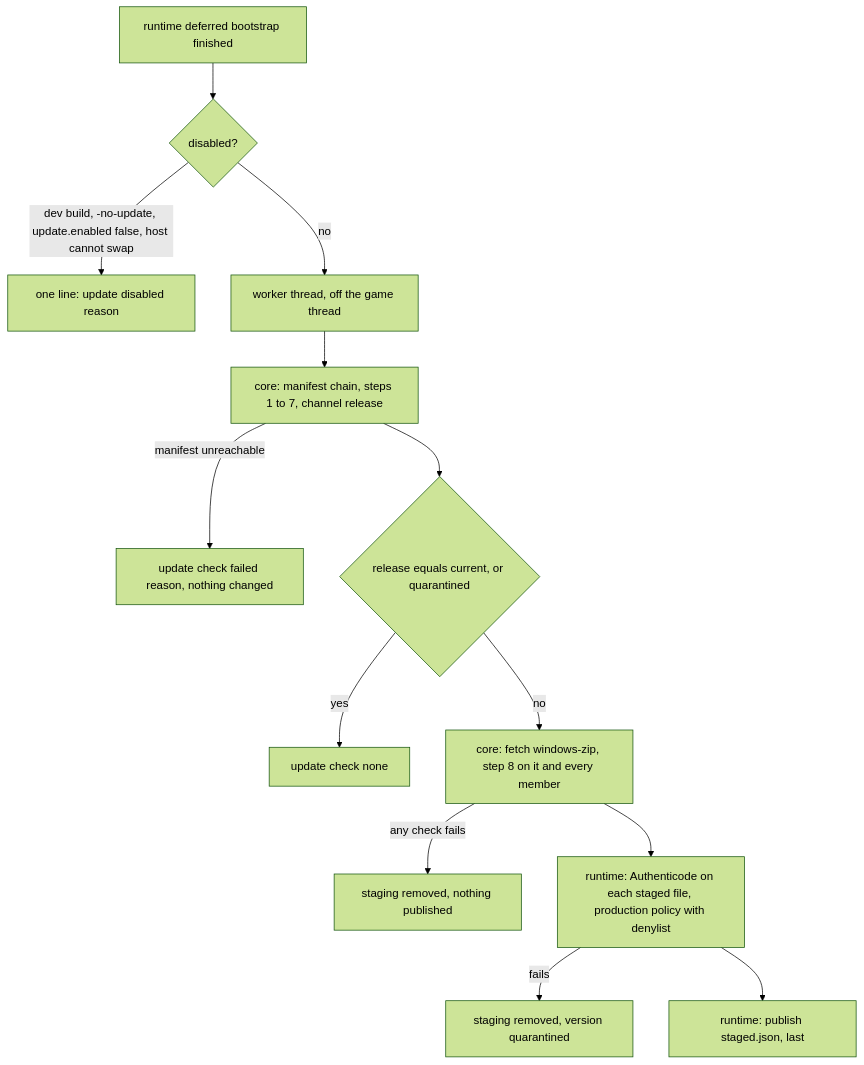
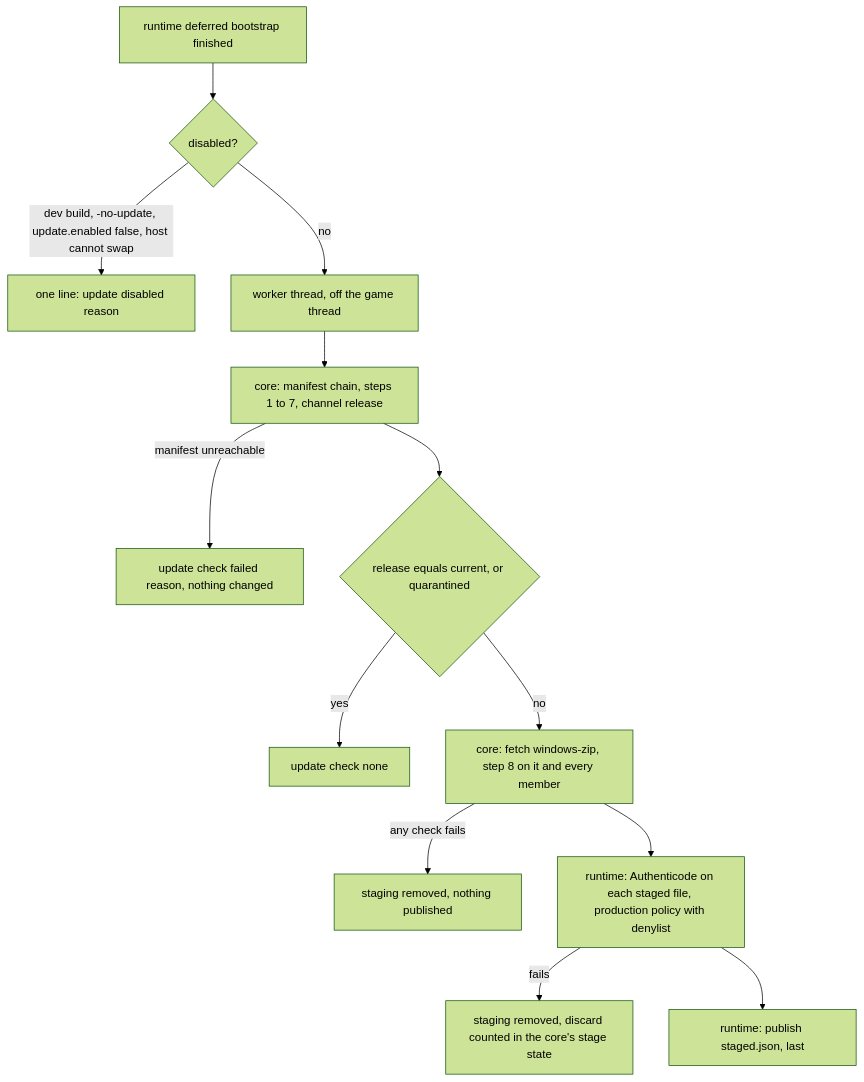
The first of 2 diagrams in docs/adr/0024-pc-self-update.md (EchoTools/nevr-runtime), drawn with Mermaid (forest theme) before and after one commit. The commit also changed other lines of this file and 4 other files, not shown here.

First line of the commit message:
build(update): CI links a core library built by its own job; ADR 0024 says F5 is a discard (refs #1200)

````diff
--- a/docs/adr/0024-pc-self-update.md
+++ b/docs/adr/0024-pc-self-update.md
@@ -101,15 +101,15 @@
 ```mermaid
 flowchart TD
     S[runtime deferred bootstrap finished] --> D{disabled?}
     D -->|dev build, -no-update, update.enabled false, host cannot swap| X1[one line: update disabled reason]
     D -->|no| W[worker thread, off the game thread]
     W --> C[core: manifest chain, steps 1 to 7, channel release]
     C -->|manifest unreachable| X2[update check failed reason, nothing changed]
     C --> E{release equals current, or quarantined}
     E -->|yes| X3[update check none]
     E -->|no| F[core: fetch windows-zip, step 8 on it and every member]
     F -->|any check fails| X4[staging removed, nothing published]
     F --> G[runtime: Authenticode on each staged file, production policy with denylist]
-    G -->|fails| X5[staging removed, version quarantined]
+    G -->|fails| X5[staging removed, discard counted in the core's stage state]
     G --> H[runtime: publish staged.json, last]
 ```
````
